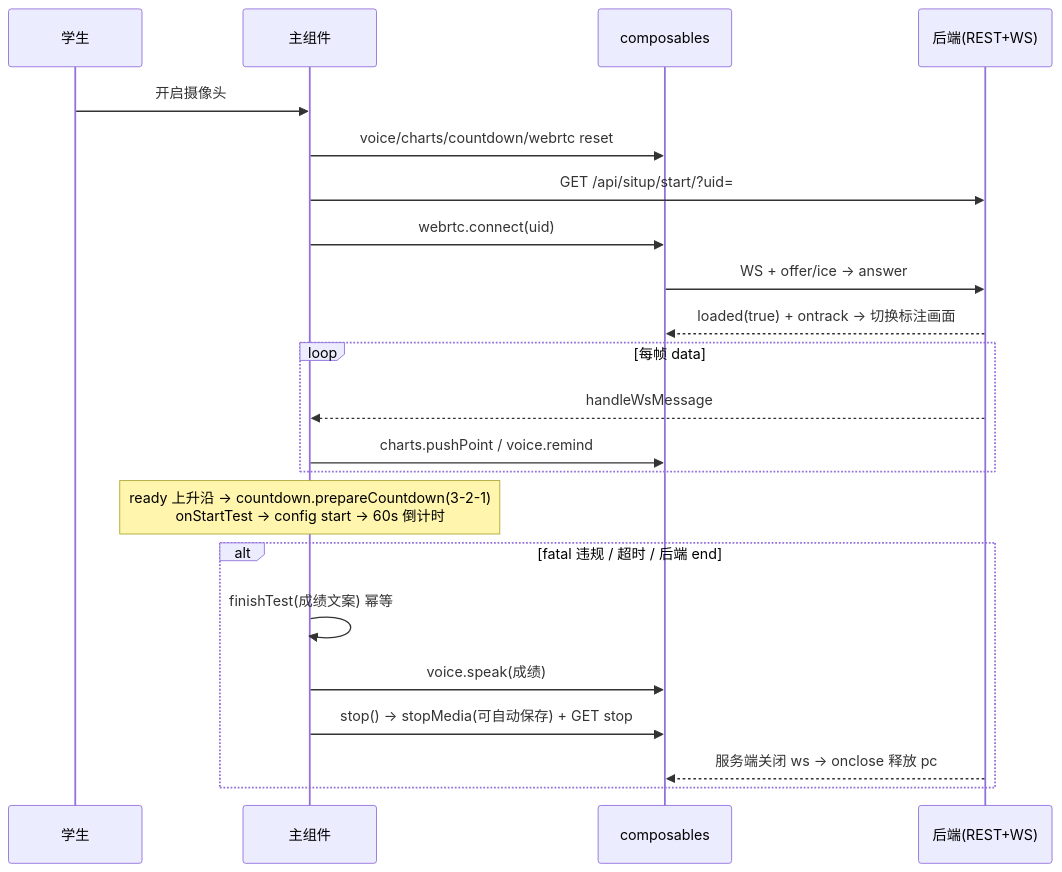
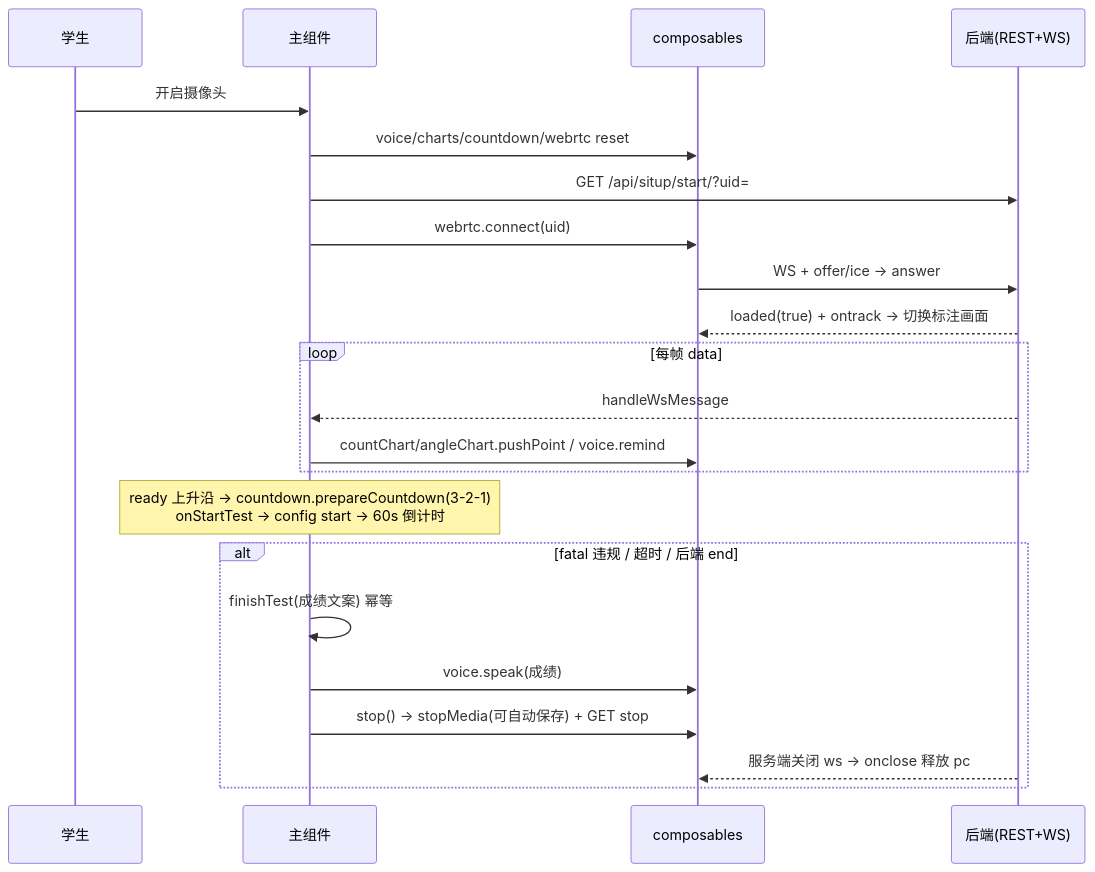
The diagram in docs/StudentTestingSitup.md (Macarion/sport-vue), drawn with Mermaid before and after one commit. The commit also changed other lines of this file and 3 other files, not shown here.

Commit message:
图表脚本独立实例

````diff
--- a/docs/StudentTestingSitup.md
+++ b/docs/StudentTestingSitup.md
@@ -95,25 +95,25 @@
 ```mermaid
 sequenceDiagram
     participant U as 学生
     participant P as 主组件
     participant M as composables
     participant B as 后端(REST+WS)
 
     U->>P: 开启摄像头
     P->>M: voice/charts/countdown/webrtc reset
     P->>B: GET /api/situp/start/?uid=
     P->>M: webrtc.connect(uid)
     M->>B: WS + offer/ice → answer
     B-->>M: loaded(true) + ontrack → 切换标注画面
     loop 每帧 data
         B-->>P: handleWsMessage
-        P->>M: charts.pushPoint / voice.remind
+        P->>M: countChart/angleChart.pushPoint / voice.remind
     end
     Note over P: ready 上升沿 → countdown.prepareCountdown(3-2-1)<br/>onStartTest → config start → 60s 倒计时
     alt fatal 违规 / 超时 / 后端 end
         P->>P: finishTest(成绩文案) 幂等
         P->>M: voice.speak(成绩)
         P->>M: stop() → stopMedia(可自动保存) + GET stop
         B-->>M: 服务端关闭 ws → onclose 释放 pc
     end
 ```
````
